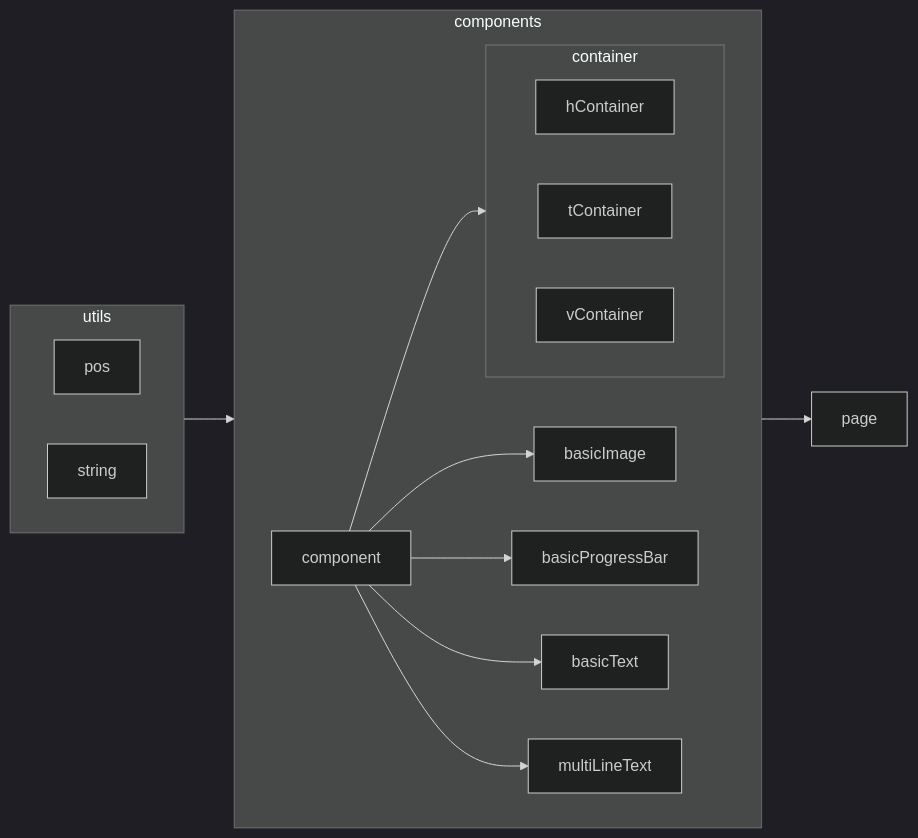
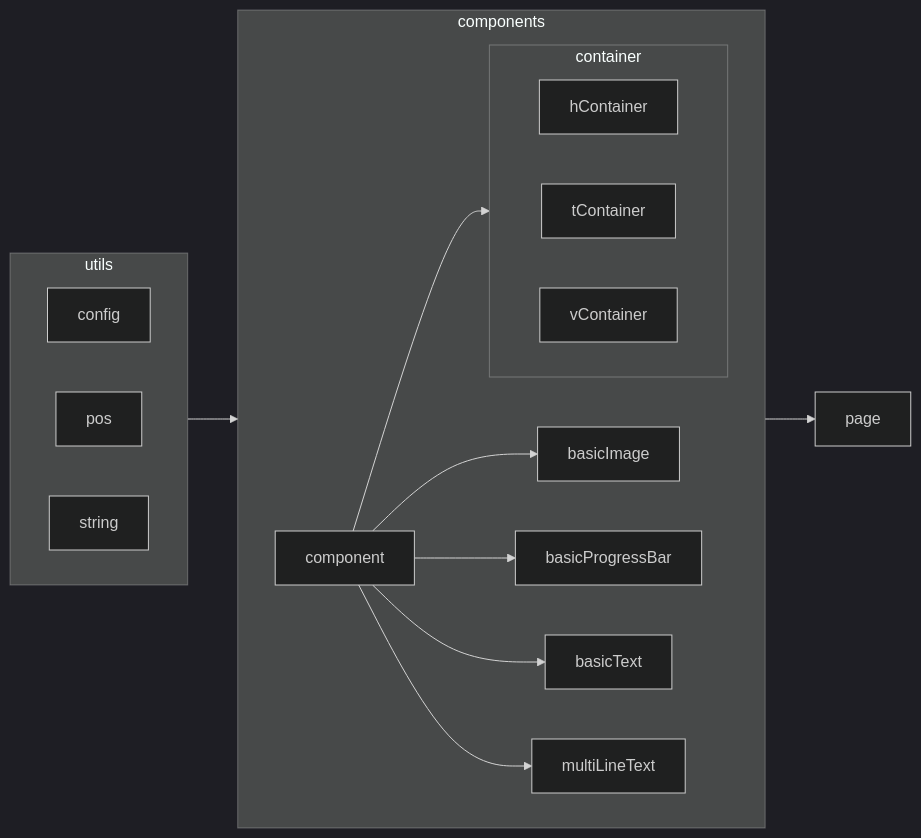
Before and after one commit to jimmy-sketch/chen_cppcguilib: the diagram in README.md, drawn with Mermaid (dark theme). The commit also changed 6 other files, not shown here.

````diff
--- a/README.md
+++ b/README.md
@@ -24,27 +24,28 @@
 ```mermaid 
 graph LR
     subgraph utils
         direction LR
+        config
         pos
         string
     end
     utils --> components
 
     subgraph components
         direction LR
         component --> basicImage
         component --> basicProgressBar
         component --> basicText
         component --> multiLineText
         component --> container
         
         subgraph container
             direction LR
             hContainer
             tContainer
             vContainer
         end
     end
 
     components --> page
 ```
````
